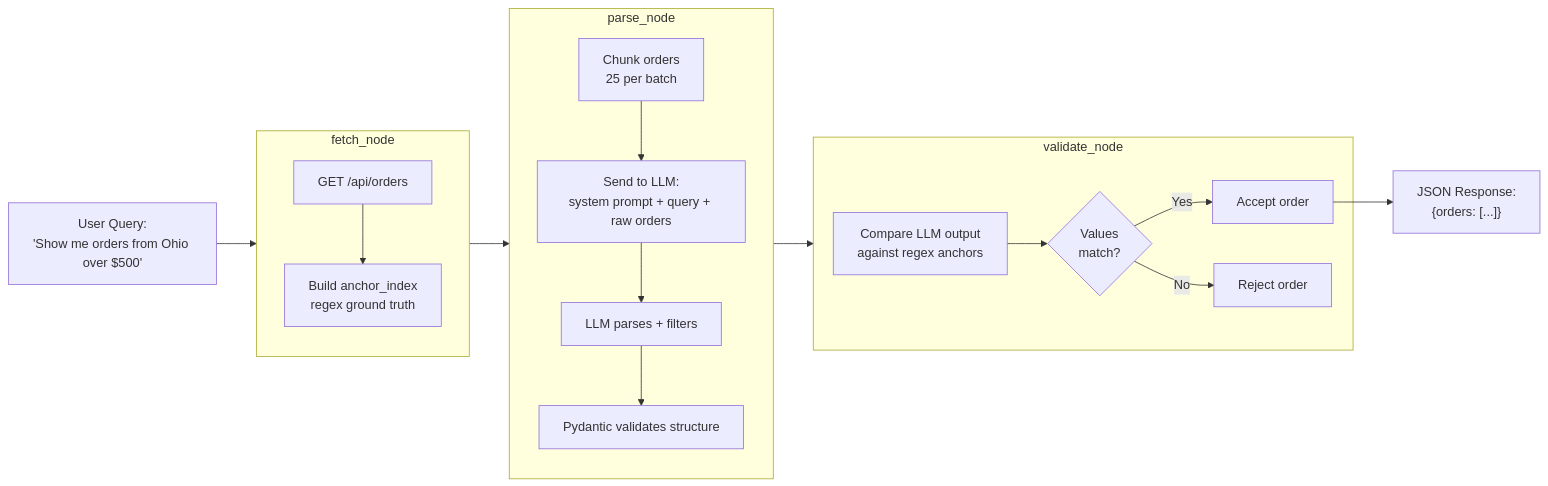
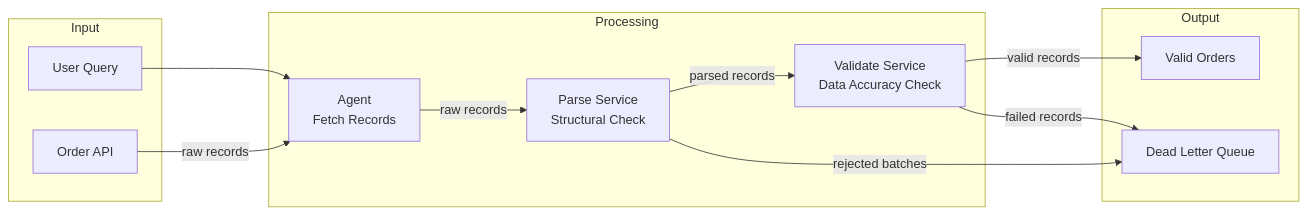
The second of 3 diagrams in README.md (JasonsRaftAccount/raft-challenge), drawn with Mermaid before and after one commit. The commit also changed other lines of this file and 14 other files, not shown here.

````diff
--- a/README.md
+++ b/README.md
@@ -201,35 +150,26 @@
 ```mermaid
 flowchart LR
-    Q["User Query:<br/>'Show me orders from Ohio over $500'"]
-
-    subgraph fetch_node
-        F1[GET /api/orders]
-        F2[Build anchor_index<br/>regex ground truth]
-        F1 --> F2
+    subgraph Input
+        Q[User Query]
+        API[Order API]
     end
 
-    subgraph parse_node
-        P1[Chunk orders<br/>25 per batch]
-        P2[Send to LLM:<br/>system prompt + query + raw orders]
-        P3[LLM parses + filters]
-        P4[Pydantic validates structure]
-        P1 --> P2 --> P3 --> P4
+    subgraph Processing
+        FETCH[Agent<br>Fetch Records]
+        PARSE[Parse Service<br>Structural Check]
+        VALIDATE[Validate Service<br>Data Accuracy Check]
     end
 
-    subgraph validate_node
-        V1[Compare LLM output<br/>against regex anchors]
-        V2{Values<br/>match?}
-        V3[Accept order]
-        V4[Reject order]
-        V1 --> V2
-        V2 -->|Yes| V3
-        V2 -->|No| V4
+    subgraph Output
+        RESULT[Valid Orders]
+        DLQ[Dead Letter Queue]
     end
 
-    R["JSON Response:<br/>{orders: [...]}"]
-
-    Q --> fetch_node
-    fetch_node --> parse_node
-    parse_node --> validate_node
-    V3 --> R
+    Q --> FETCH
+    API --raw records--> FETCH
+    FETCH --raw records--> PARSE
+    PARSE --parsed records--> VALIDATE
+    PARSE --rejected batches--> DLQ
+    VALIDATE --valid records--> RESULT
+    VALIDATE --failed records--> DLQ
 ```
````
